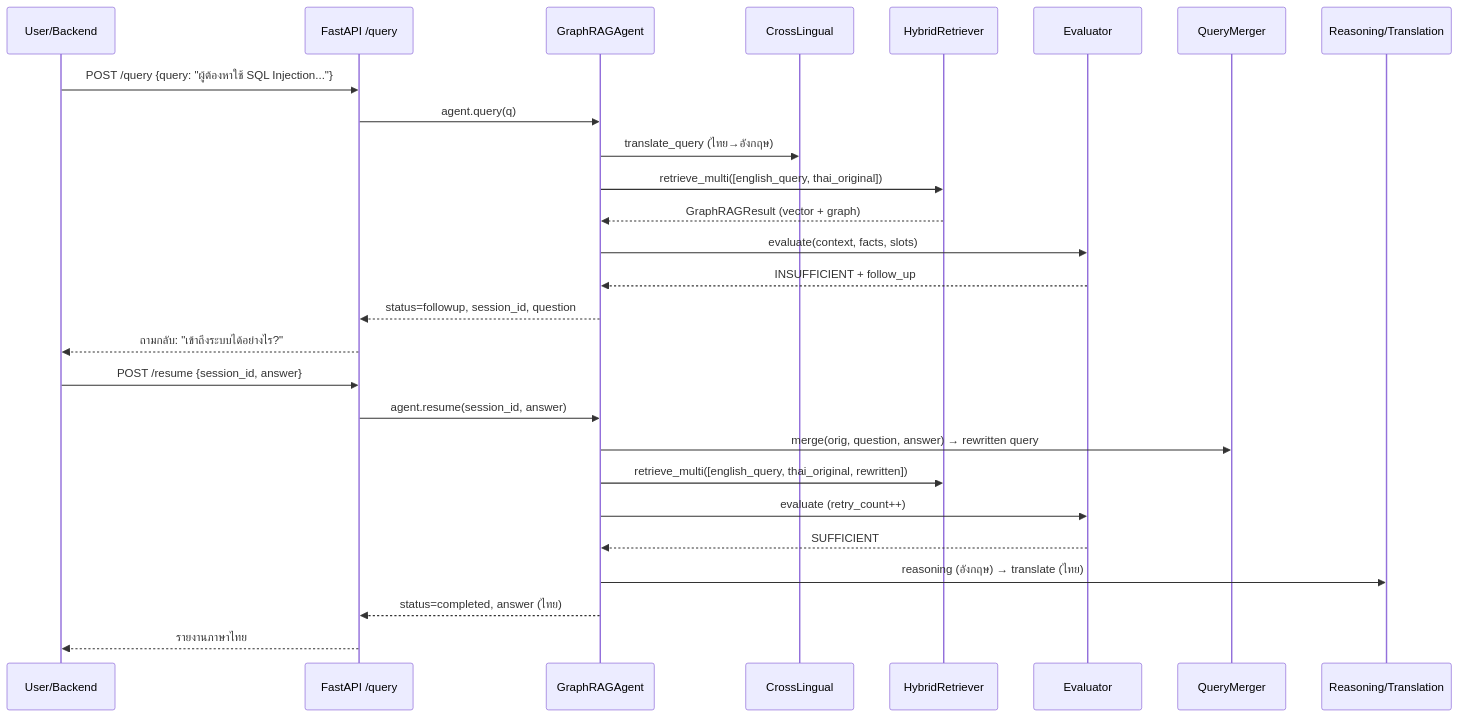
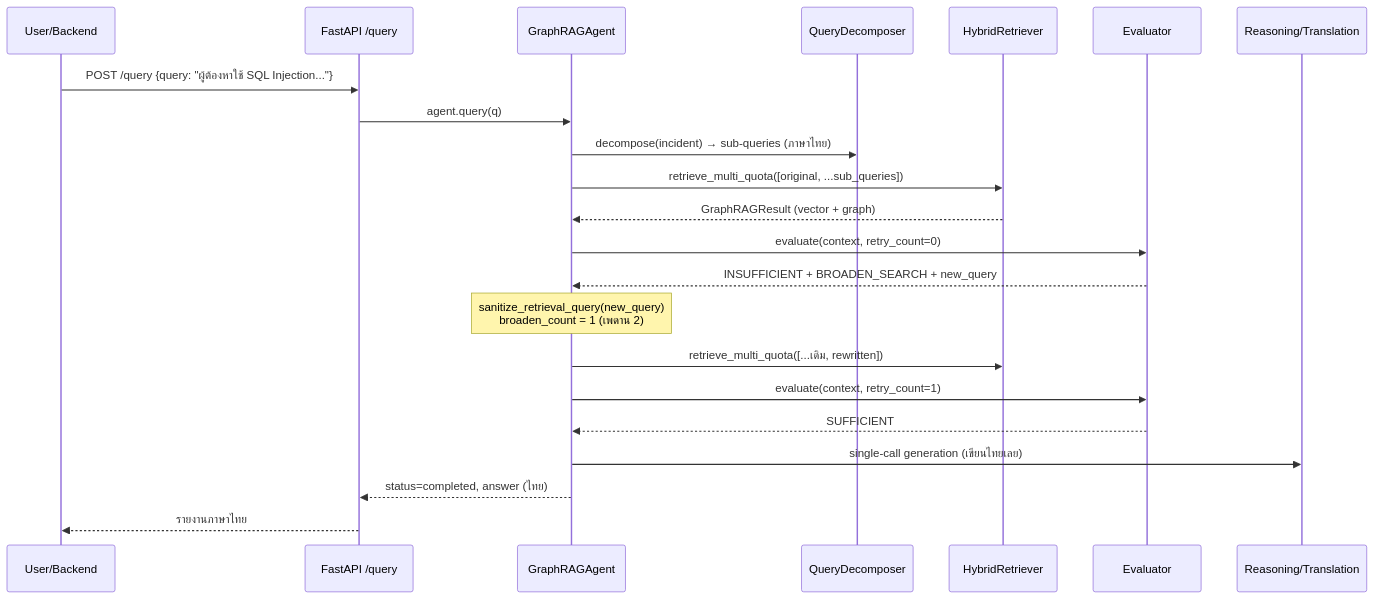
Before and after one commit to KKhamwiset/Cybercase-Intelligence-Framework: the fifth of 5 diagrams in rag_service/docs/RAG_Module.md, drawn with Mermaid. The commit also changed other lines of this file and 24 other files, not shown here.

````diff
--- a/rag_service/docs/RAG_Module.md
+++ b/rag_service/docs/RAG_Module.md
@@ -790,31 +783,26 @@
 ```mermaid
 sequenceDiagram
     participant U as User/Backend
     participant API as FastAPI /query
     participant AG as GraphRAGAgent
-    participant TR as CrossLingual
+    participant DC as QueryDecomposer
     participant RT as HybridRetriever
     participant EV as Evaluator
-    participant QM as QueryMerger
     participant LLM as Reasoning/Translation
 
     U->>API: POST /query {query: "ผู้ต้องหาใช้ SQL Injection..."}
     API->>AG: agent.query(q)
-    AG->>TR: translate_query (ไทย→อังกฤษ)
-    AG->>RT: retrieve_multi([english_query, thai_original])
+    AG->>DC: decompose(incident) → sub-queries (ภาษาไทย)
+    AG->>RT: retrieve_multi_quota([original, ...sub_queries])
     RT-->>AG: GraphRAGResult (vector + graph)
-    AG->>EV: evaluate(context, facts, slots)
-    EV-->>AG: INSUFFICIENT + follow_up
-    AG-->>API: status=followup, session_id, question
-    API-->>U: ถามกลับ: "เข้าถึงระบบได้อย่างไร?"
+    AG->>EV: evaluate(context, retry_count=0)
+    EV-->>AG: INSUFFICIENT + BROADEN_SEARCH + new_query
 
-    U->>API: POST /resume {session_id, answer}
-    API->>AG: agent.resume(session_id, answer)
-    AG->>QM: merge(orig, question, answer) → rewritten query
-    AG->>RT: retrieve_multi([english_query, thai_original, rewritten])
-    AG->>EV: evaluate (retry_count++)
+    Note over AG: sanitize_retrieval_query(new_query)<br/>broaden_count = 1 (เพดาน 2)
+    AG->>RT: retrieve_multi_quota([...เดิม, rewritten])
+    AG->>EV: evaluate(context, retry_count=1)
     EV-->>AG: SUFFICIENT
-    AG->>LLM: reasoning (อังกฤษ) → translate (ไทย)
+    AG->>LLM: single-call generation (เขียนไทยเลย)
     AG-->>API: status=completed, answer (ไทย)
     API-->>U: รายงานภาษาไทย
 ```
````
